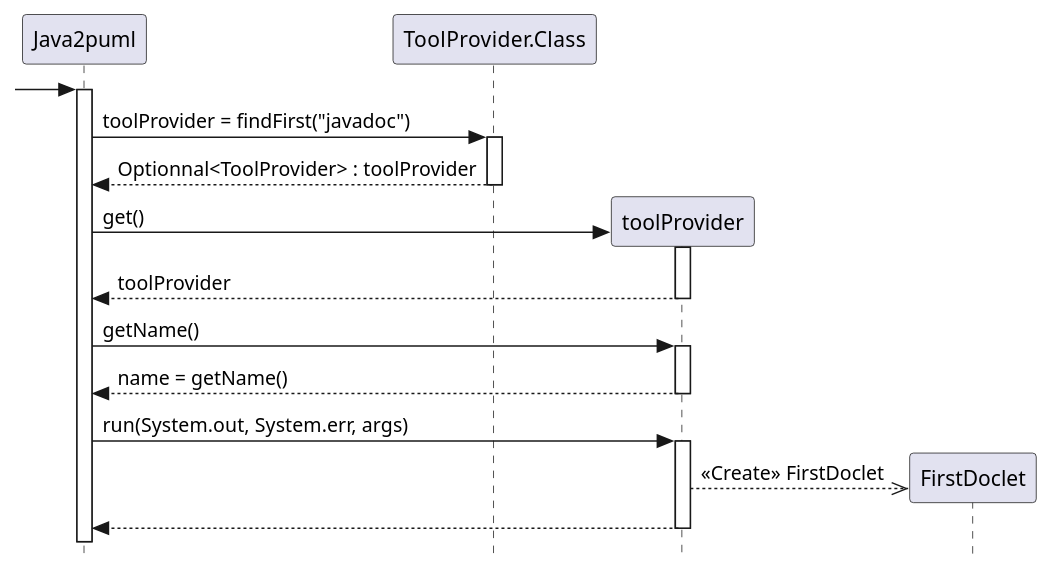
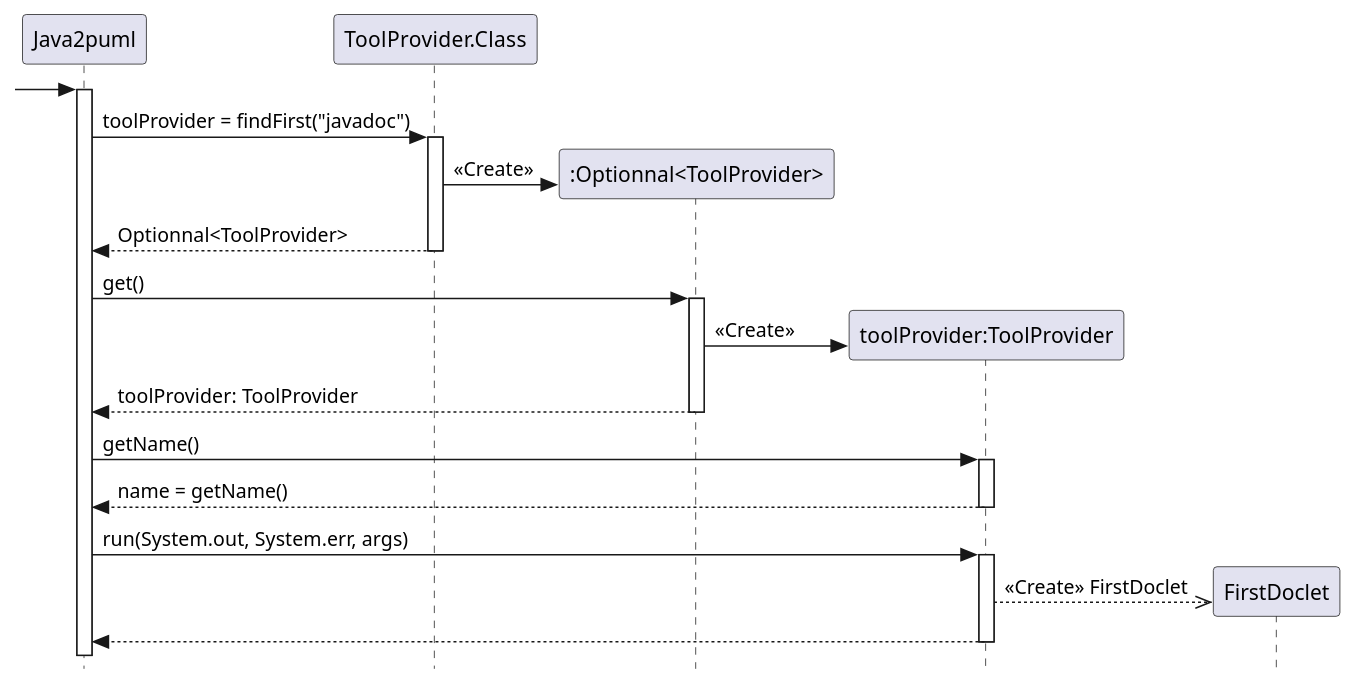
One commit to MrArnaudMichel/API-PlantUML-Parser changed the diagram in uml/DCS_AppelDoclet.puml. Above: the diagram before and after it, drawn with PlantUML. The commit also changed 1 other file, not shown here.

```diff
--- a/uml/DCS_AppelDoclet.puml
+++ b/uml/DCS_AppelDoclet.puml
@@ -1,23 +1,29 @@
 @startuml
 'https://plantuml.com/sequence-diagram
 skinparam style strictuml
 
 participant Java2puml as J
 participant ToolProvider.Class as T
-participant toolProvider as t
+participant ":Optionnal<ToolProvider>" as tp
+participant "toolProvider:ToolProvider" as t
 participant FirstDoclet as F
+
 
 [->J ++
 
+
 J -> T ++: toolProvider = findFirst("javadoc")
-return Optionnal<ToolProvider> : toolProvider
+create tp
+T -> tp: <<Create>>
+return Optionnal<ToolProvider>
+J -> tp ++: get()
 create t
-J -> t ++: get()
-return toolProvider
+tp -> t: <<Create>>
+return toolProvider: ToolProvider
 
 J -> t ++: getName()
 return name = getName()
 J -> t ++ : run(System.out, System.err, args)
 t -->> F ** : <<Create>> FirstDoclet
 return
 @enduml
```
